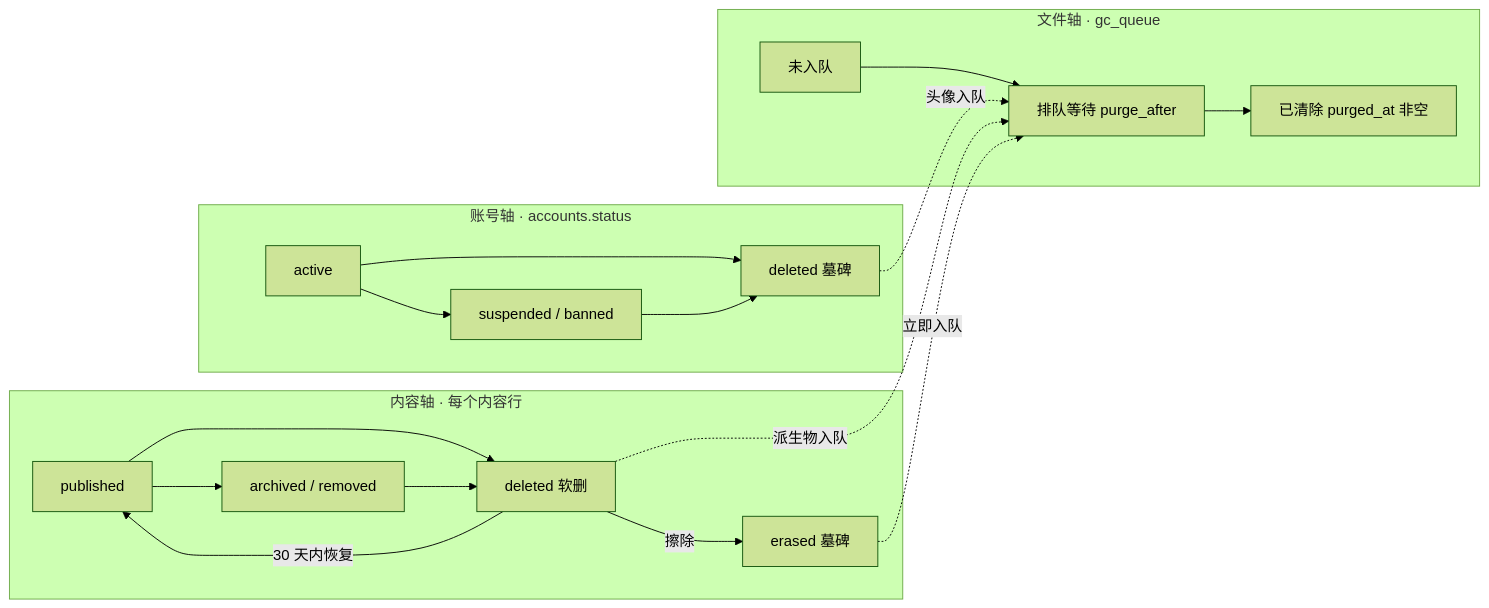
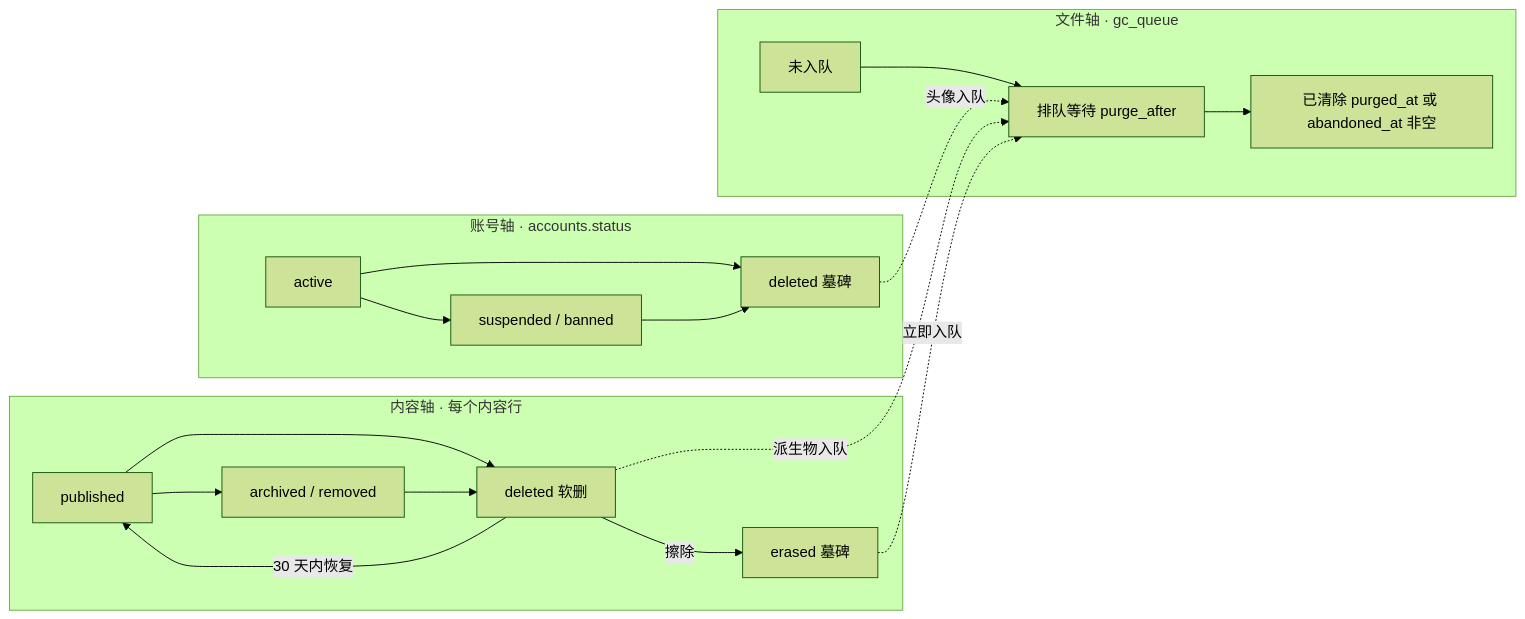
Before and after one commit to deepdemos/ds-demos-showcase: the first of 3 diagrams in docs/数据生命周期设计.md, drawn with Mermaid (forest theme). The commit also changed other lines of this file and 4 other files, not shown here.

````diff
--- a/docs/数据生命周期设计.md
+++ b/docs/数据生命周期设计.md
@@ -169,25 +171,25 @@
 ```mermaid
 flowchart LR
     subgraph ACC["账号轴 · accounts.status"]
         A1["active"] --> A2["suspended / banned"]
         A1 --> A3["deleted 墓碑"]
         A2 --> A3
     end
 
     subgraph CON["内容轴 · 每个内容行"]
         C1["published"] --> C2["archived / removed"]
         C1 --> C3["deleted 软删"]
         C2 --> C3
         C3 -->|"30 天内恢复"| C1
         C3 -->|"擦除"| C4["erased 墓碑"]
     end
 
     subgraph FIL["文件轴 · gc_queue"]
         F1["未入队"] --> F2["排队等待 purge_after"]
-        F2 --> F3["已清除 purged_at 非空"]
+        F2 --> F3["已清除 purged_at 或 abandoned_at 非空"]
     end
 
     A3 -.->|"头像入队"| F2
     C3 -.->|"派生物入队"| F2
     C4 -.->|"立即入队"| F2
 ```
````
